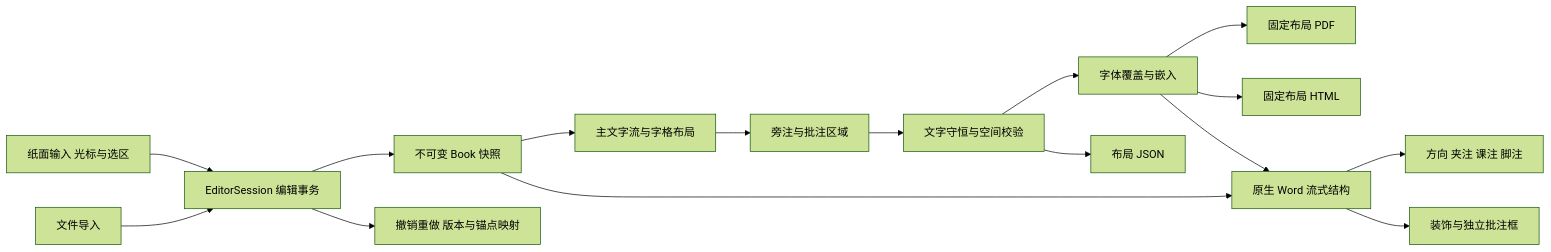
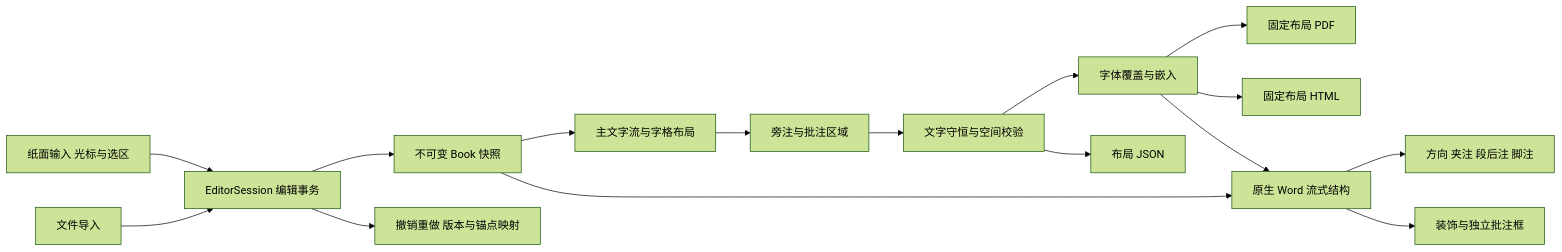
The diagram in docs/architecture.md (zhoucanzong/Bamboo), drawn with Mermaid (forest theme) before and after one commit. The commit also changed other lines of this file and 37 other files, not shown here.

````diff
--- a/docs/architecture.md
+++ b/docs/architecture.md
@@ -7,18 +7,18 @@
 ```mermaid
 flowchart LR
     UI[纸面输入 光标与选区] --> ES[EditorSession 编辑事务]
     A[文件导入] --> ES
     ES --> B[不可变 Book 快照]
     ES --> HIST[撤销重做 版本与锚点映射]
     B --> C[主文字流与字格布局]
     C --> D[旁注与批注区域]
     D --> E[文字守恒与空间校验]
     E --> F[字体覆盖与嵌入]
     F --> G[固定布局 PDF]
     F --> H[固定布局 HTML]
     B --> I[原生 Word 流式结构]
     F --> I
-    I --> J[方向 夹注 课注 脚注]
+    I --> J[方向 夹注 段后注 脚注]
     I --> K[装饰与独立批注框]
     E --> L[布局 JSON]
 ```
````
